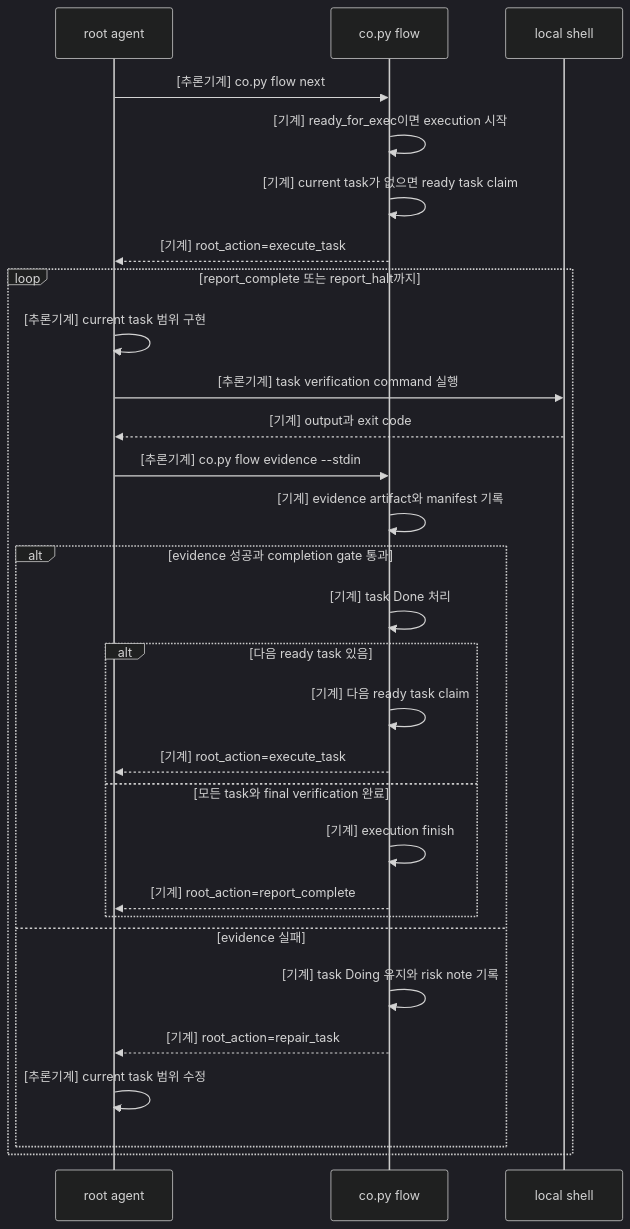
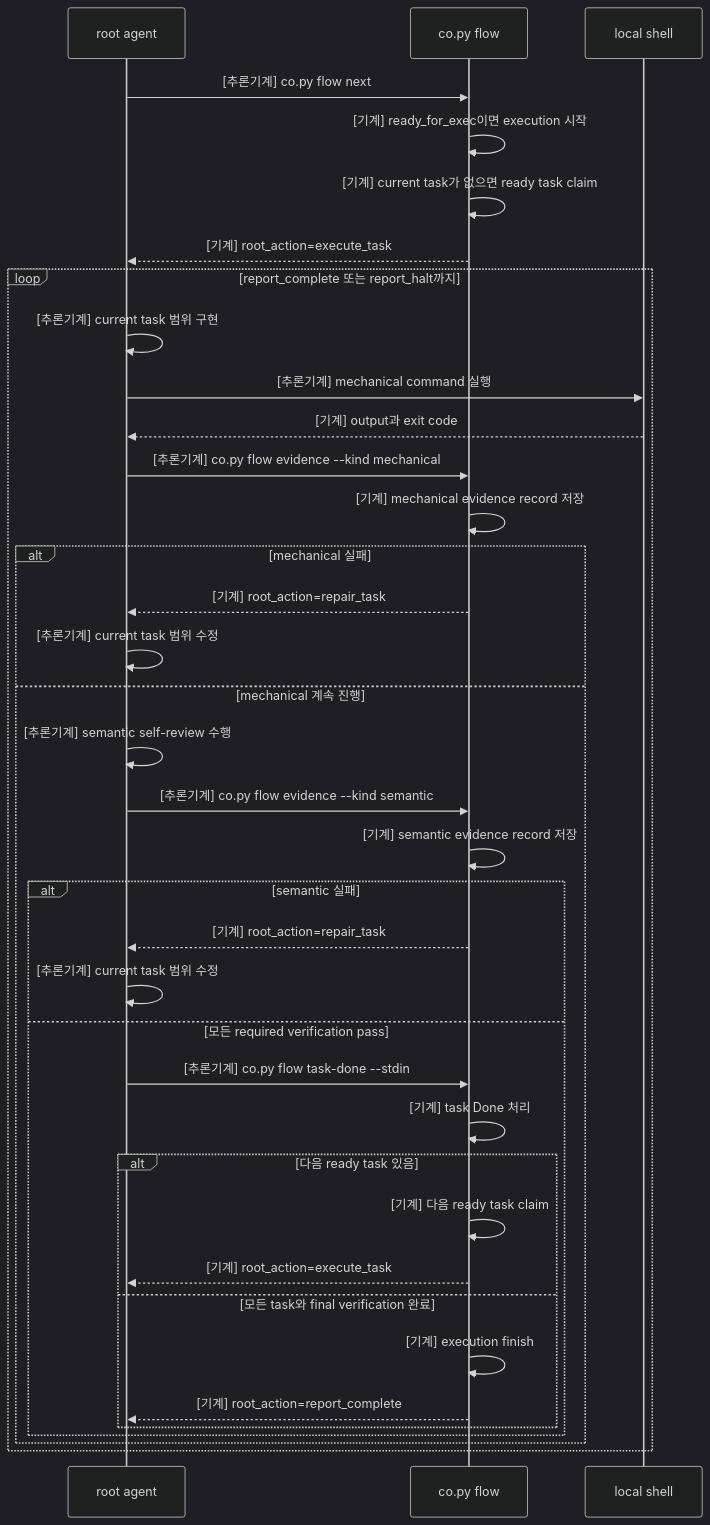
The first of 2 diagrams in COEXEC.md (mym0404/coflow), drawn with Mermaid (dark theme) before and after one commit. The commit also changed other lines of this file and 12 other files, not shown here.

````diff
--- a/COEXEC.md
+++ b/COEXEC.md
@@ -8,33 +8,41 @@
 ```mermaid
 sequenceDiagram
   participant Root as root agent
   participant Co as co.py flow
   participant Shell as local shell
 
   Root->>Co: [추론기계] co.py flow next
   Co->>Co: [기계] ready_for_exec이면 execution 시작
   Co->>Co: [기계] current task가 없으면 ready task claim
   Co-->>Root: [기계] root_action=execute_task
 
   loop report_complete 또는 report_halt까지
     Root->>Root: [추론기계] current task 범위 구현
-    Root->>Shell: [추론기계] task verification command 실행
+    Root->>Shell: [추론기계] mechanical command 실행
     Shell-->>Root: [기계] output과 exit code
-    Root->>Co: [추론기계] co.py flow evidence --stdin
-    Co->>Co: [기계] evidence artifact와 manifest 기록
-    alt evidence 성공과 completion gate 통과
-      Co->>Co: [기계] task Done 처리
-      alt 다음 ready task 있음
-        Co->>Co: [기계] 다음 ready task claim
-        Co-->>Root: [기계] root_action=execute_task
-      else 모든 task와 final verification 완료
-        Co->>Co: [기계] execution finish
-        Co-->>Root: [기계] root_action=report_complete
-      end
-    else evidence 실패
-      Co->>Co: [기계] task Doing 유지와 risk note 기록
+    Root->>Co: [추론기계] co.py flow evidence --kind mechanical
+    Co->>Co: [기계] mechanical evidence record 저장
+    alt mechanical 실패
       Co-->>Root: [기계] root_action=repair_task
       Root->>Root: [추론기계] current task 범위 수정
+    else mechanical 계속 진행
+      Root->>Root: [추론기계] semantic self-review 수행
+      Root->>Co: [추론기계] co.py flow evidence --kind semantic
+      Co->>Co: [기계] semantic evidence record 저장
+      alt semantic 실패
+        Co-->>Root: [기계] root_action=repair_task
+        Root->>Root: [추론기계] current task 범위 수정
+      else 모든 required verification pass
+        Root->>Co: [추론기계] co.py flow task-done --stdin
+        Co->>Co: [기계] task Done 처리
+        alt 다음 ready task 있음
+          Co->>Co: [기계] 다음 ready task claim
+          Co-->>Root: [기계] root_action=execute_task
+        else 모든 task와 final verification 완료
+          Co->>Co: [기계] execution finish
+          Co-->>Root: [기계] root_action=report_complete
+        end
+      end
     end
   end
 ```
````
